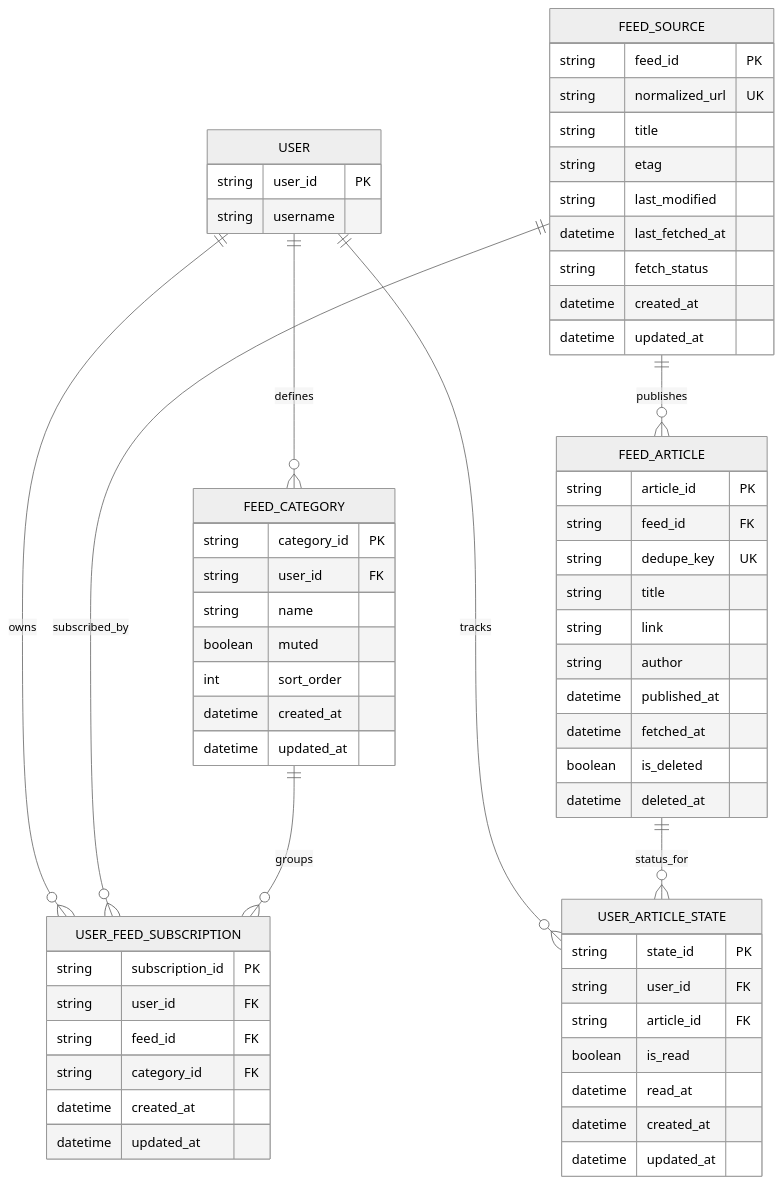
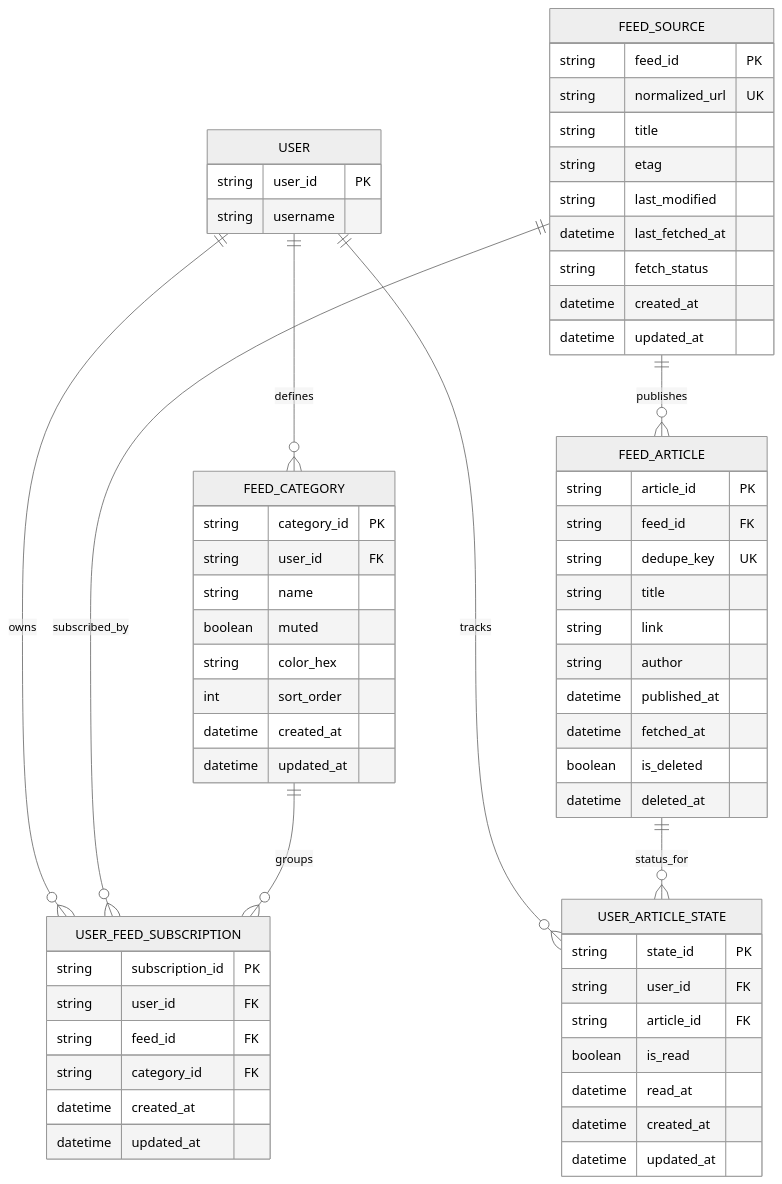
One commit to schleising/website3 changed the third of 5 diagrams in website/feeds/README.md. Above: the diagram before and after it, drawn with Mermaid (neutral theme). The commit also changed other lines of this file, not shown here.

````diff
--- a/website/feeds/README.md
+++ b/website/feeds/README.md
@@ -145,64 +153,65 @@
 ```mermaid
 erDiagram
 	 USER ||--o{ FEED_CATEGORY : defines
 	 USER ||--o{ USER_FEED_SUBSCRIPTION : owns
 	 USER ||--o{ USER_ARTICLE_STATE : tracks
 	 FEED_SOURCE ||--o{ FEED_ARTICLE : publishes
 	 FEED_SOURCE ||--o{ USER_FEED_SUBSCRIPTION : subscribed_by
 	 FEED_CATEGORY ||--o{ USER_FEED_SUBSCRIPTION : groups
 	 FEED_ARTICLE ||--o{ USER_ARTICLE_STATE : status_for
 
 	 USER {
 		  string user_id PK
 		  string username
 	 }
 	 FEED_CATEGORY {
 		  string category_id PK
 		  string user_id FK
 		  string name
 		  boolean muted
+		  string color_hex
 		  int sort_order
 		  datetime created_at
 		  datetime updated_at
 	 }
 	 FEED_SOURCE {
 		  string feed_id PK
 		  string normalized_url UK
 		  string title
 		  string etag
 		  string last_modified
 		  datetime last_fetched_at
 		  string fetch_status
 		  datetime created_at
 		  datetime updated_at
 	 }
 	 USER_FEED_SUBSCRIPTION {
 		  string subscription_id PK
 		  string user_id FK
 		  string feed_id FK
 		  string category_id FK
 		  datetime created_at
 		  datetime updated_at
 	 }
 	 FEED_ARTICLE {
 		  string article_id PK
 		  string feed_id FK
 		  string dedupe_key UK
 		  string title
 		  string link
 		  string author
 		  datetime published_at
 		  datetime fetched_at
 		  boolean is_deleted
 		  datetime deleted_at
 	 }
 	 USER_ARTICLE_STATE {
 		  string state_id PK
 		  string user_id FK
 		  string article_id FK
 		  boolean is_read
 		  datetime read_at
 		  datetime created_at
 		  datetime updated_at
 	 }
 ```
````
